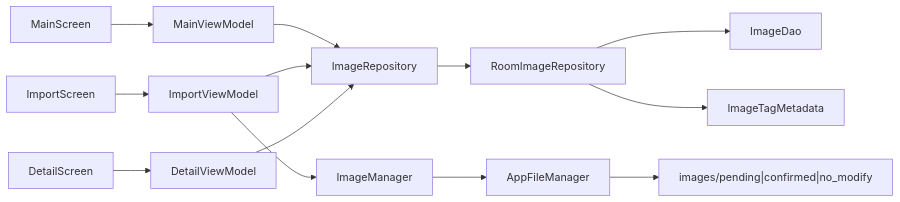
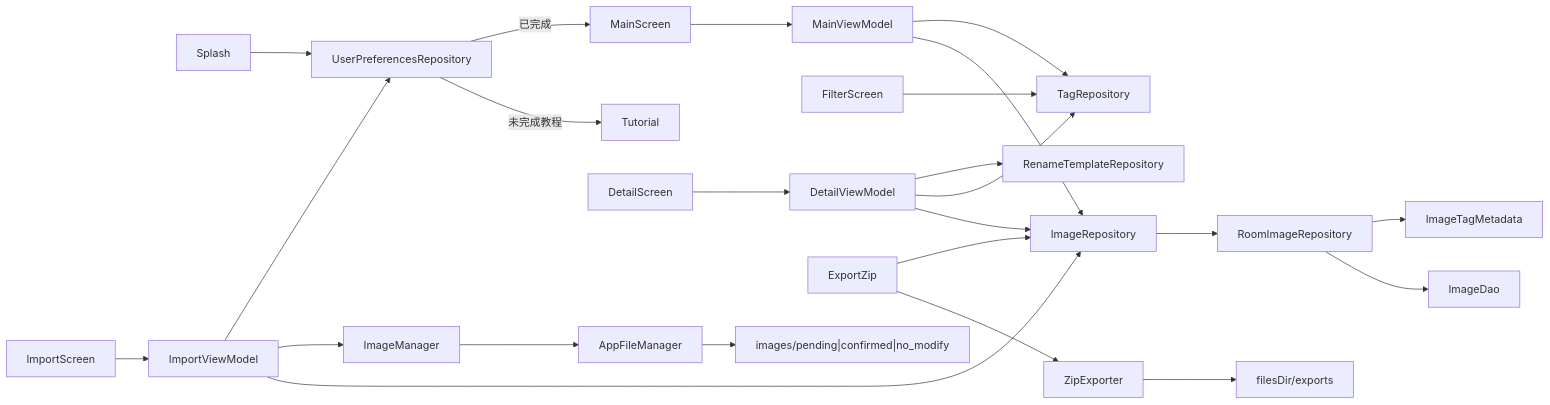
The diagram in docs/设计/架构设计.md (mengkj2021/picture-organizer), drawn with Mermaid before and after one commit. The commit also changed other lines of this file and 32 other files, not shown here.

Commit message:
文档同步（v1.1）：08-31 六篇开发日志、改动清单 C1–C10/B3/B5/B6 完成并追加 P1–P8/D1、式样书 v0.9（默认标签/压缩开关/exports+FileProvider）、架构（v3 表/preferences/打包流）、路由登记 tutorial/filter/export-zip/renametemplate/defaulttags、新画面文档（筛选/打包/教程/重命名模板/默认标签）

````diff
--- a/docs/设计/架构设计.md
+++ b/docs/设计/架构设计.md
@@ -49,15 +54,26 @@
 ```mermaid
 flowchart LR
+  Splash --> Prefs[UserPreferencesRepository]
+  Prefs -->|未完成教程| Tutorial
+  Prefs -->|已完成| MainScreen
   MainScreen --> MainViewModel
   MainViewModel --> ImageRepository
+  MainViewModel --> TagRepository
+  FilterScreen --> TagRepository
   ImportScreen --> ImportViewModel
   ImportViewModel --> ImageRepository
   ImportViewModel --> ImageManager
+  ImportViewModel --> Prefs
   DetailScreen --> DetailViewModel
   DetailViewModel --> ImageRepository
+  DetailViewModel --> TagRepository
+  DetailViewModel --> RenameTemplateRepository
+  ExportZip --> ZipExporter
+  ExportZip --> ImageRepository
   ImageRepository --> RoomImageRepository
   RoomImageRepository --> ImageDao
   RoomImageRepository --> ImageTagMetadata
   ImageManager --> AppFileManager
   AppFileManager --> PrivateDir["images/pending|confirmed|no_modify"]
+  ZipExporter --> ExportsDir["filesDir/exports"]
 ```
````
